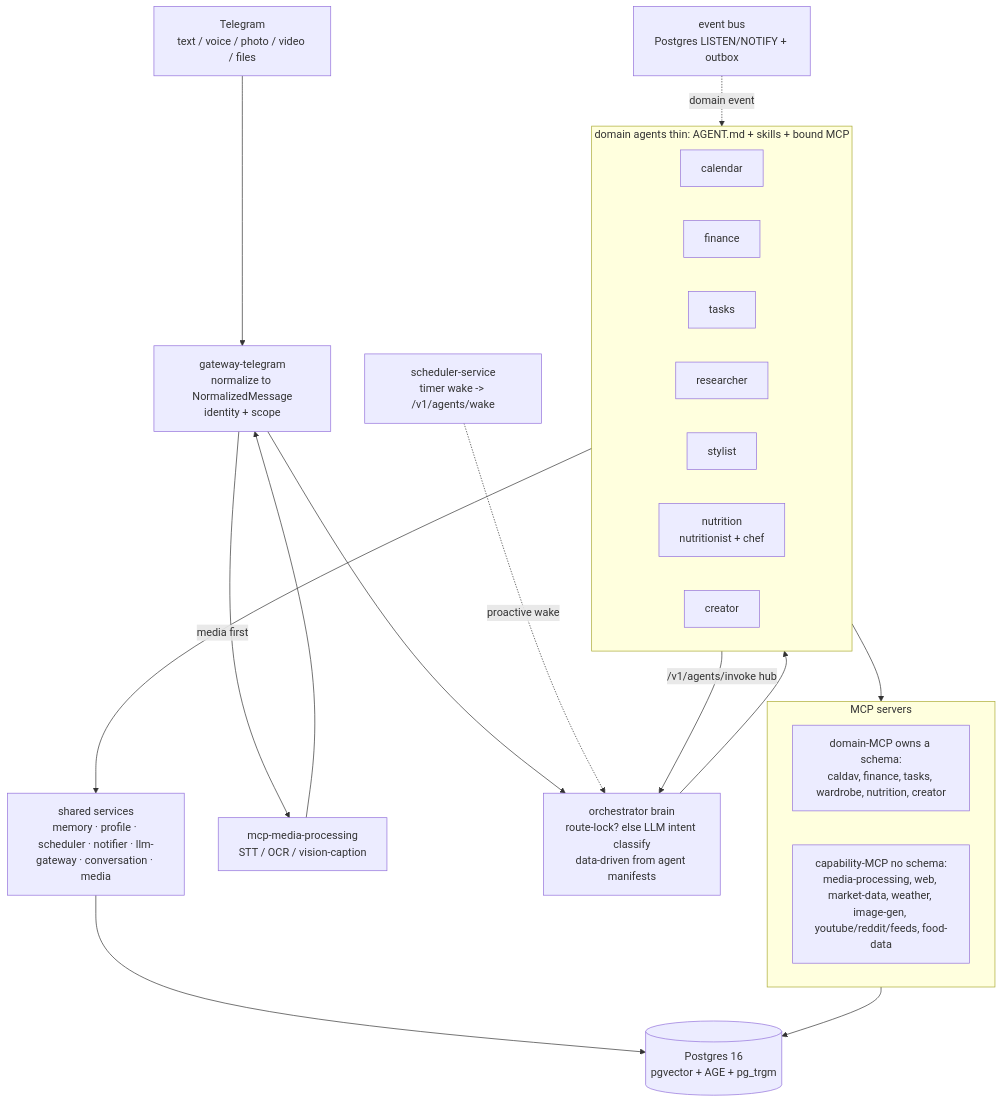
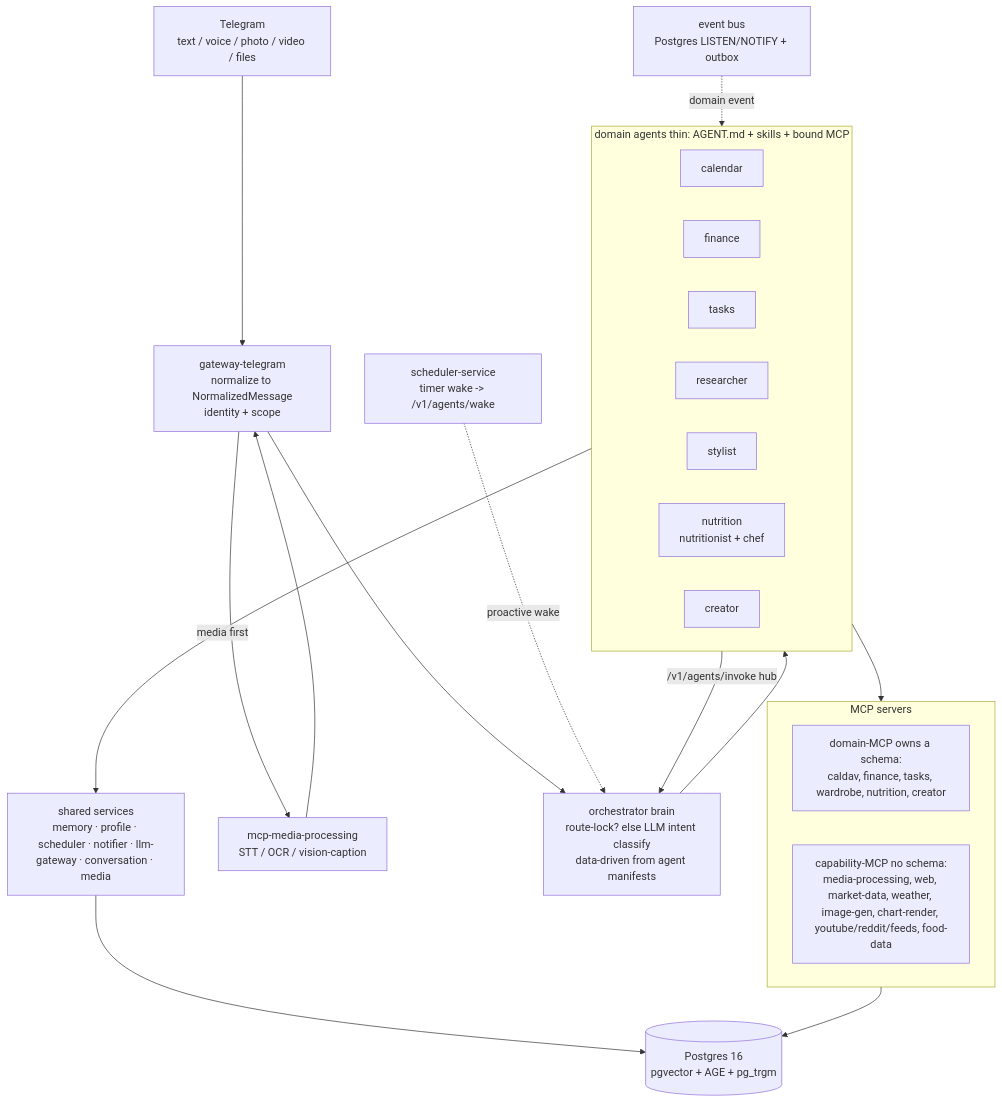
One commit to fedoroff-vlad/ai-life changed the diagram in docs/REFERENCE.md. Above: the diagram before and after it, drawn with Mermaid. The commit also changed other lines of this file and 3 other files, not shown here.

First line of the commit message:
docs(#291): freshness pass — chart-render + year report across root/reference/plans (#319)

````diff
--- a/docs/REFERENCE.md
+++ b/docs/REFERENCE.md
@@ -25,37 +25,37 @@
 ```mermaid
 flowchart TD
     TG[Telegram<br/>text / voice / photo / video / files]
     GW[gateway-telegram<br/>normalize to NormalizedMessage<br/>identity + scope]
     MP[mcp-media-processing<br/>STT / OCR / vision-caption]
     ORCH[orchestrator brain<br/>route-lock? else LLM intent classify<br/>data-driven from agent manifests]
     subgraph AG[domain agents thin: AGENT.md + skills + bound MCP]
       CAL[calendar]
       FIN[finance]
       TASK[tasks]
       RES[researcher]
       STY[stylist]
       NUT[nutrition<br/>nutritionist + chef]
       CRE[creator]
     end
     subgraph MCPS[MCP servers]
       DM[domain-MCP owns a schema:<br/>caldav, finance, tasks, wardrobe, nutrition, creator]
-      CM[capability-MCP no schema:<br/>media-processing, web, market-data, weather, image-gen, youtube/reddit/feeds, food-data]
+      CM[capability-MCP no schema:<br/>media-processing, web, market-data, weather, image-gen, chart-render, youtube/reddit/feeds, food-data]
     end
     SVC[shared services<br/>memory · profile · scheduler · notifier · llm-gateway · conversation · media]
     PG[(Postgres 16<br/>pgvector + AGE + pg_trgm)]
     SCHED[scheduler-service<br/>timer wake -> /v1/agents/wake]
     BUS[event bus<br/>Postgres LISTEN/NOTIFY + outbox]
 
     TG --> GW
     GW -->|media first| MP
     MP --> GW
     GW --> ORCH
     SCHED -.proactive wake.-> ORCH
     BUS -.domain event.-> AG
     ORCH --> AG
     AG -->|/v1/agents/invoke hub| ORCH
     AG --> MCPS
     AG --> SVC
     MCPS --> PG
     SVC --> PG
 ```
````
